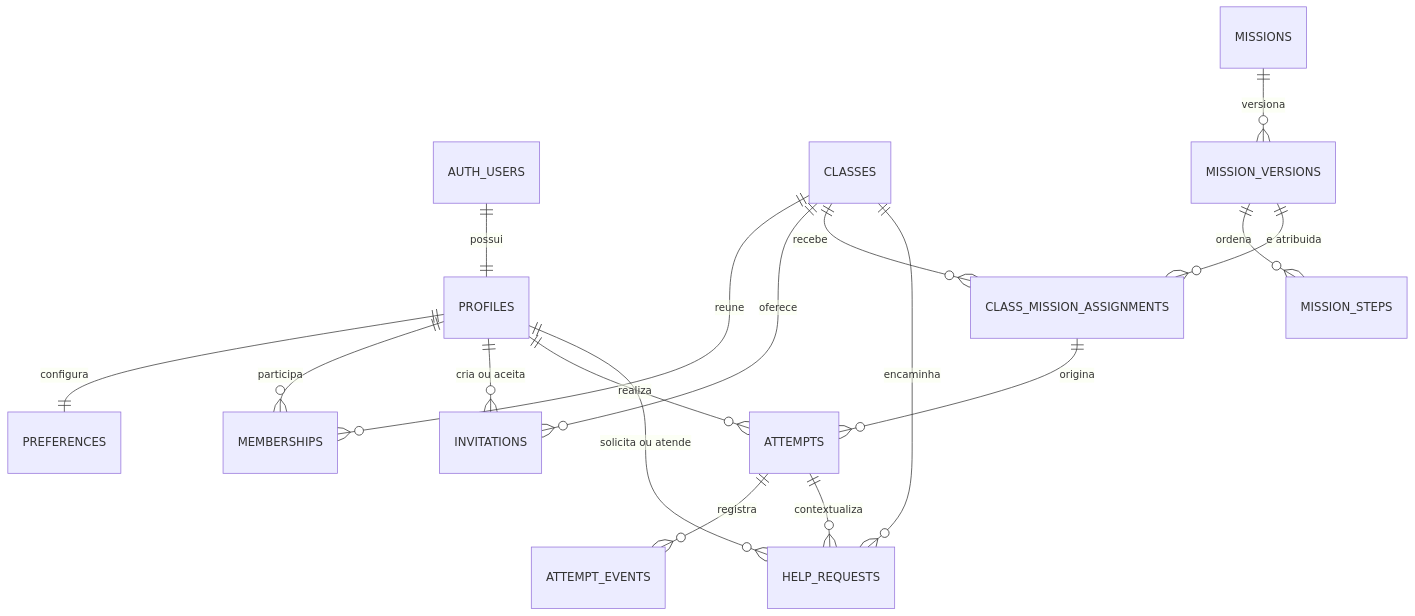
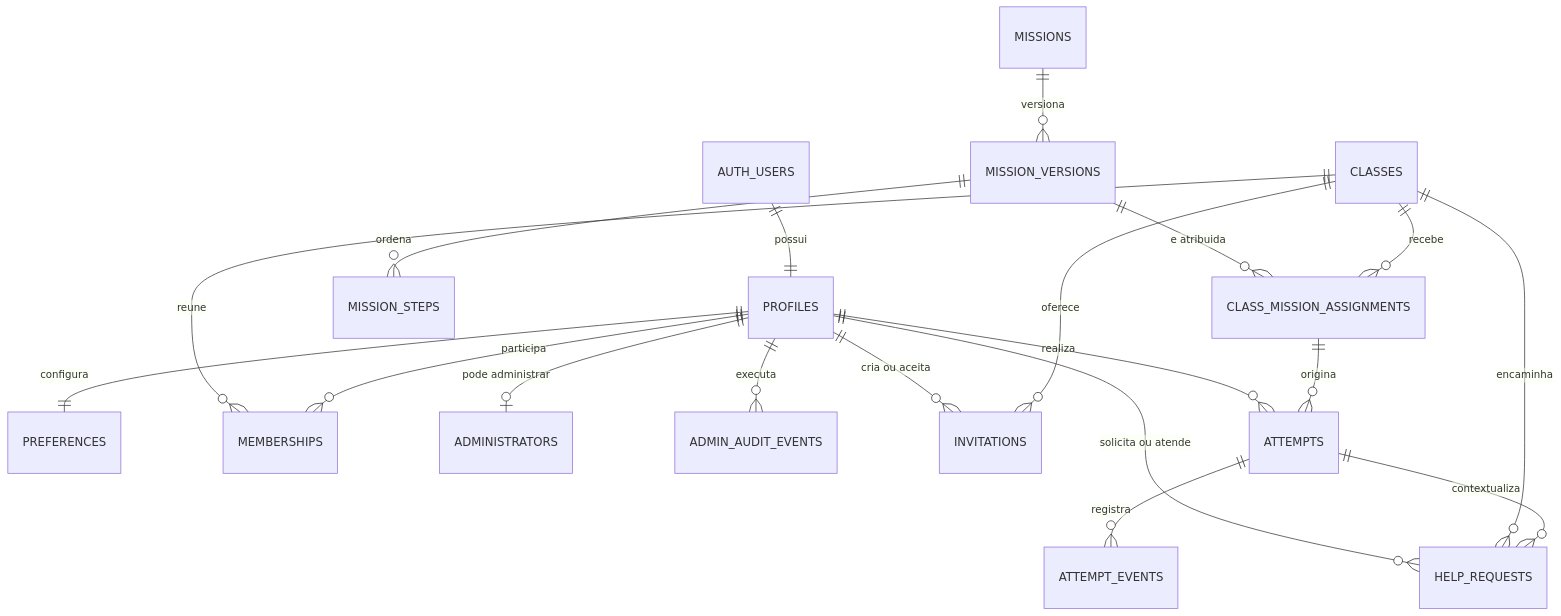
The diagram in docs/architecture/data-model.md (rutesilvva/celular-sem-medo), drawn with Mermaid before and after one commit. The commit also changed other lines of this file and 17 other files, not shown here.

````diff
--- a/docs/architecture/data-model.md
+++ b/docs/architecture/data-model.md
@@ -24,21 +27,23 @@
 ```mermaid
 erDiagram
     AUTH_USERS ||--|| PROFILES : "possui"
     PROFILES ||--|| PREFERENCES : "configura"
     PROFILES ||--o{ MEMBERSHIPS : "participa"
+    PROFILES ||--o| ADMINISTRATORS : "pode administrar"
+    PROFILES ||--o{ ADMIN_AUDIT_EVENTS : "executa"
     CLASSES ||--o{ MEMBERSHIPS : "reune"
     CLASSES ||--o{ INVITATIONS : "oferece"
     PROFILES ||--o{ INVITATIONS : "cria ou aceita"
 
     MISSIONS ||--o{ MISSION_VERSIONS : "versiona"
     MISSION_VERSIONS ||--o{ MISSION_STEPS : "ordena"
     CLASSES ||--o{ CLASS_MISSION_ASSIGNMENTS : "recebe"
     MISSION_VERSIONS ||--o{ CLASS_MISSION_ASSIGNMENTS : "e atribuida"
 
     CLASS_MISSION_ASSIGNMENTS ||--o{ ATTEMPTS : "origina"
     PROFILES ||--o{ ATTEMPTS : "realiza"
     ATTEMPTS ||--o{ ATTEMPT_EVENTS : "registra"
     ATTEMPTS ||--o{ HELP_REQUESTS : "contextualiza"
     CLASSES ||--o{ HELP_REQUESTS : "encaminha"
     PROFILES ||--o{ HELP_REQUESTS : "solicita ou atende"
 ```
````
